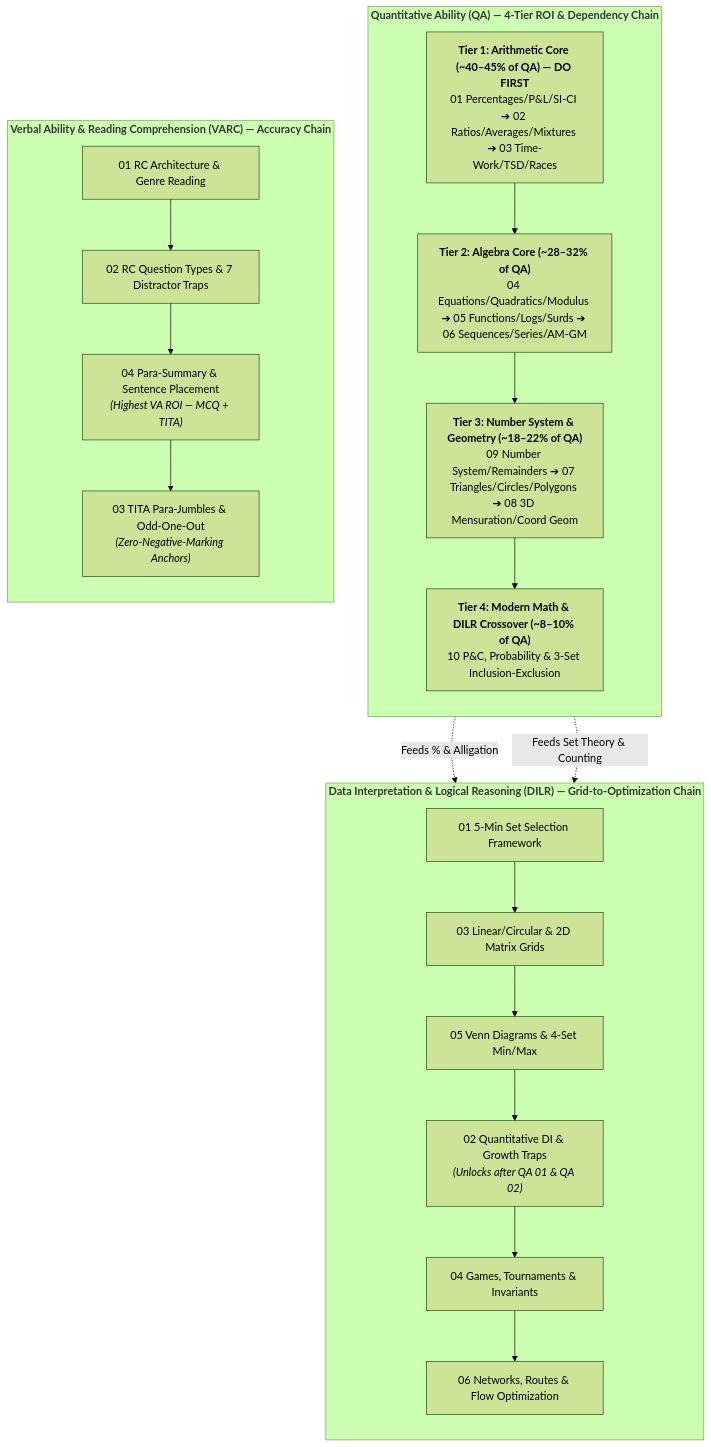
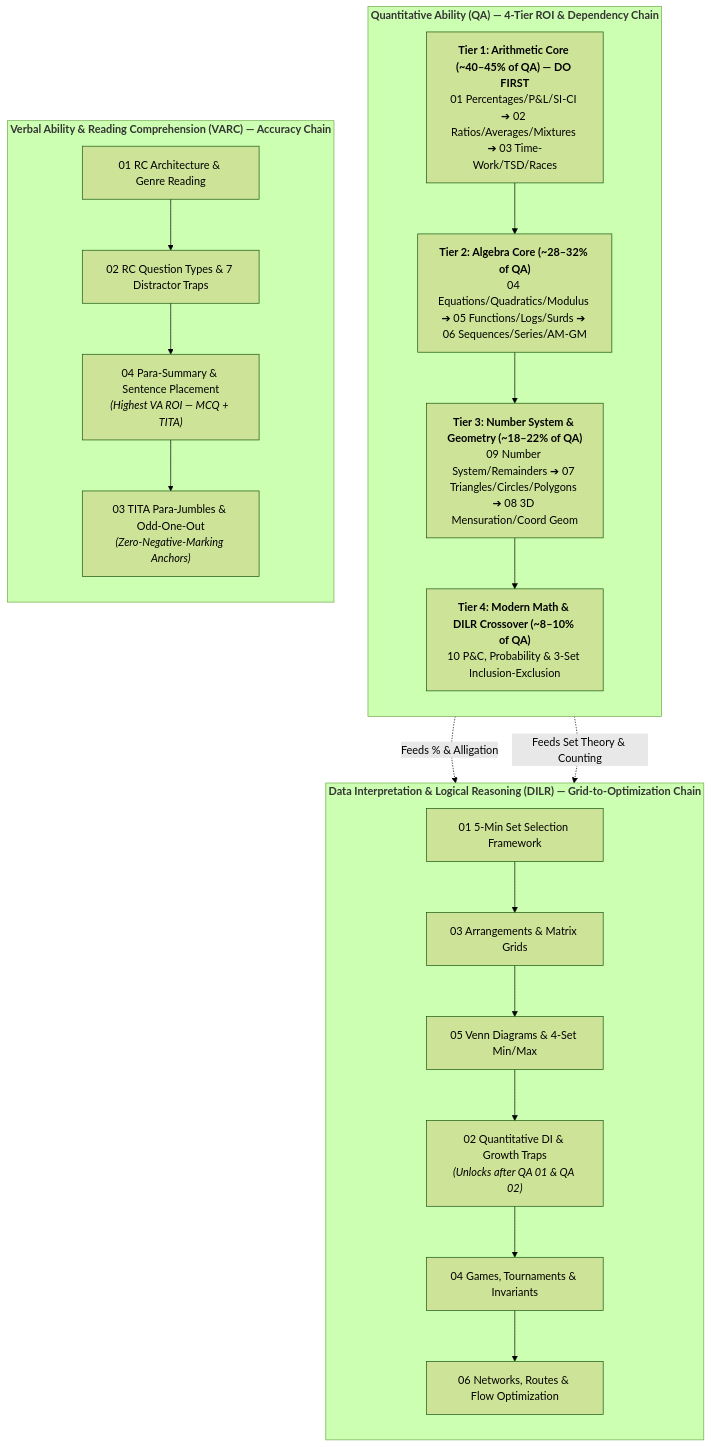
Before and after one commit to Vallabhkejgir/CAT-Prep: the second of 3 diagrams in insights/CAT_Study_Roadmap_and_Flow.md, drawn with Mermaid (forest theme). The commit also changed other lines of this file and 1 other file, not shown here.

Commit message:
Fix relative Markdown links in CAT_Study_Roadmap_and_Flow.md and README.md

````diff
--- a/insights/CAT_Study_Roadmap_and_Flow.md
+++ b/insights/CAT_Study_Roadmap_and_Flow.md
@@ -39,30 +39,30 @@
 ```mermaid
 flowchart TD
     subgraph QA ["<b>Quantitative Ability (QA) — 4-Tier ROI & Dependency Chain</b>"]
         direction TB
         QA_T1["<b>Tier 1: Arithmetic Core (~40–45% of QA) — DO FIRST</b><br/>01 Percentages/P&L/SI-CI ➔ 02 Ratios/Averages/Mixtures ➔ 03 Time-Work/TSD/Races"]
         QA_T2["<b>Tier 2: Algebra Core (~28–32% of QA)</b><br/>04 Equations/Quadratics/Modulus ➔ 05 Functions/Logs/Surds ➔ 06 Sequences/Series/AM-GM"]
         QA_T3["<b>Tier 3: Number System & Geometry (~18–22% of QA)</b><br/>09 Number System/Remainders ➔ 07 Triangles/Circles/Polygons ➔ 08 3D Mensuration/Coord Geom"]
         QA_T4["<b>Tier 4: Modern Math & DILR Crossover (~8–10% of QA)</b><br/>10 P&C, Probability & 3-Set Inclusion-Exclusion"]
         QA_T1 --> QA_T2 --> QA_T3 --> QA_T4
     end
 
     subgraph DILR ["<b>Data Interpretation & Logical Reasoning (DILR) — Grid-to-Optimization Chain</b>"]
         direction TB
-        D1["01 5-Min Set Selection Framework"] --> D3["03 Linear/Circular & 2D Matrix Grids"]
+        D1["01 5-Min Set Selection Framework"] --> D3["03 Arrangements & Matrix Grids"]
         D3 --> D5["05 Venn Diagrams & 4-Set Min/Max"]
         D5 --> D2["02 Quantitative DI & Growth Traps<br/><i>(Unlocks after QA 01 & QA 02)</i>"]
         D2 --> D4["04 Games, Tournaments & Invariants"]
         D4 --> D6["06 Networks, Routes & Flow Optimization"]
     end
 
     subgraph VARC ["<b>Verbal Ability & Reading Comprehension (VARC) — Accuracy Chain</b>"]
         direction TB
         V1["01 RC Architecture & Genre Reading"] --> V2["02 RC Question Types & 7 Distractor Traps"]
         V2 --> V4["04 Para-Summary & Sentence Placement<br/><i>(Highest VA ROI — MCQ + TITA)</i>"]
         V4 --> V3["03 TITA Para-Jumbles & Odd-One-Out<br/><i>(Zero-Negative-Marking Anchors)</i>"]
     end
 
     QA_T1 -.->|"Feeds % & Alligation"| D2
     QA_T4 -.->|"Feeds Set Theory & Counting"| D5
 ```
````
